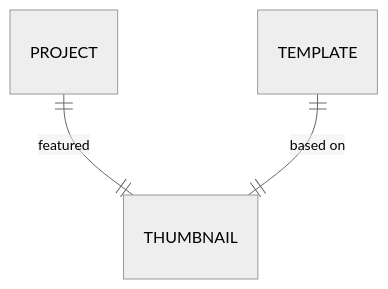
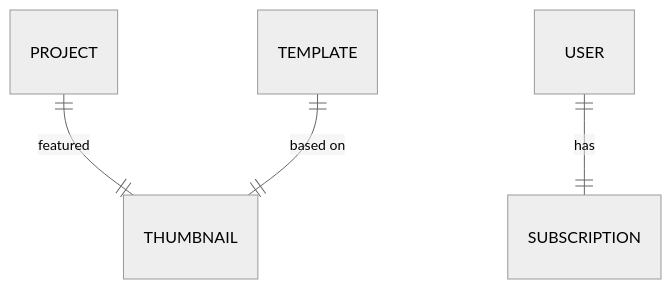
One commit to Brimstow/ThumPiks changed the second of 5 diagrams in .qoder/repowiki/en/content/Database Schema & ORM/Prisma Schema Definition/Prisma Schema Definition.md. Above: the diagram before and after it, drawn with Mermaid (neutral theme). The commit also changed other lines of this file and 900 other files, not shown here.

````diff
--- a/.qoder/repowiki/en/content/Database Schema & ORM/Prisma Schema Definition/Prisma Schema Definition.md
+++ b/.qoder/repowiki/en/content/Database Schema & ORM/Prisma Schema Definition/Prisma Schema Definition.md
@@ -267,5 +588,6 @@
 ```mermaid
 erDiagram
 PROJECT ||--|| THUMBNAIL : "featured"
 TEMPLATE ||--|| THUMBNAIL : "based on"
+USER ||--|| SUBSCRIPTION : "has"
 ```
````
